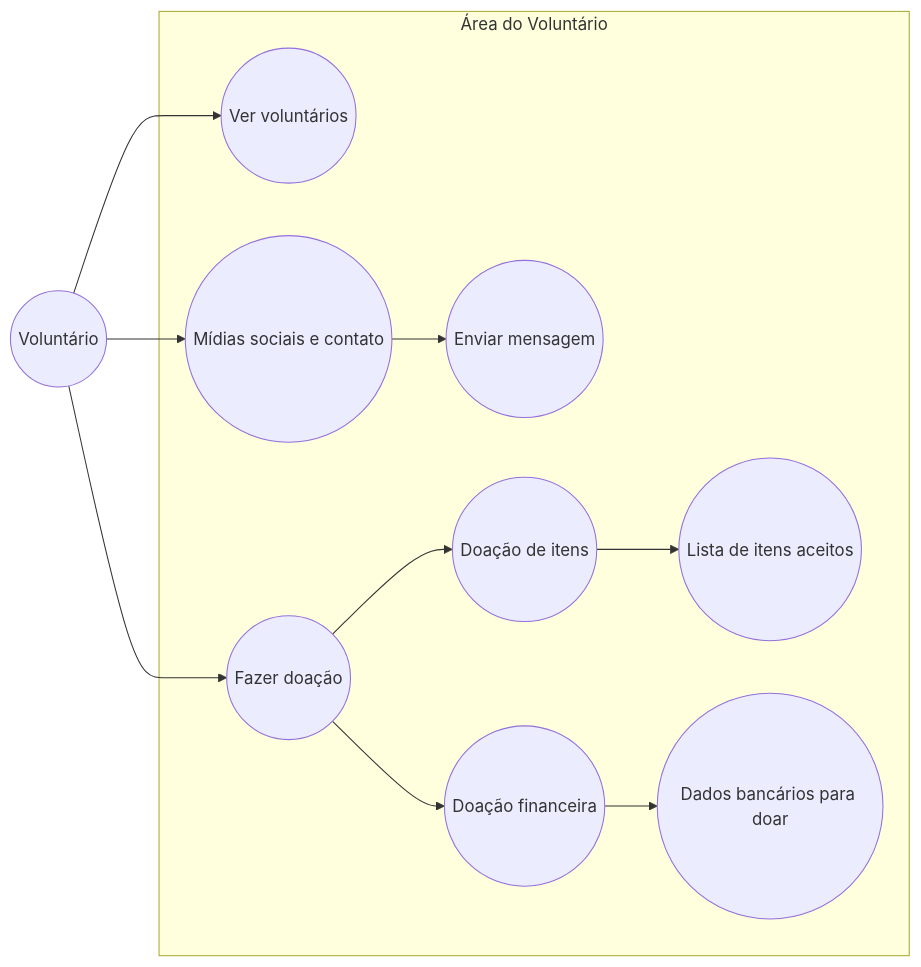
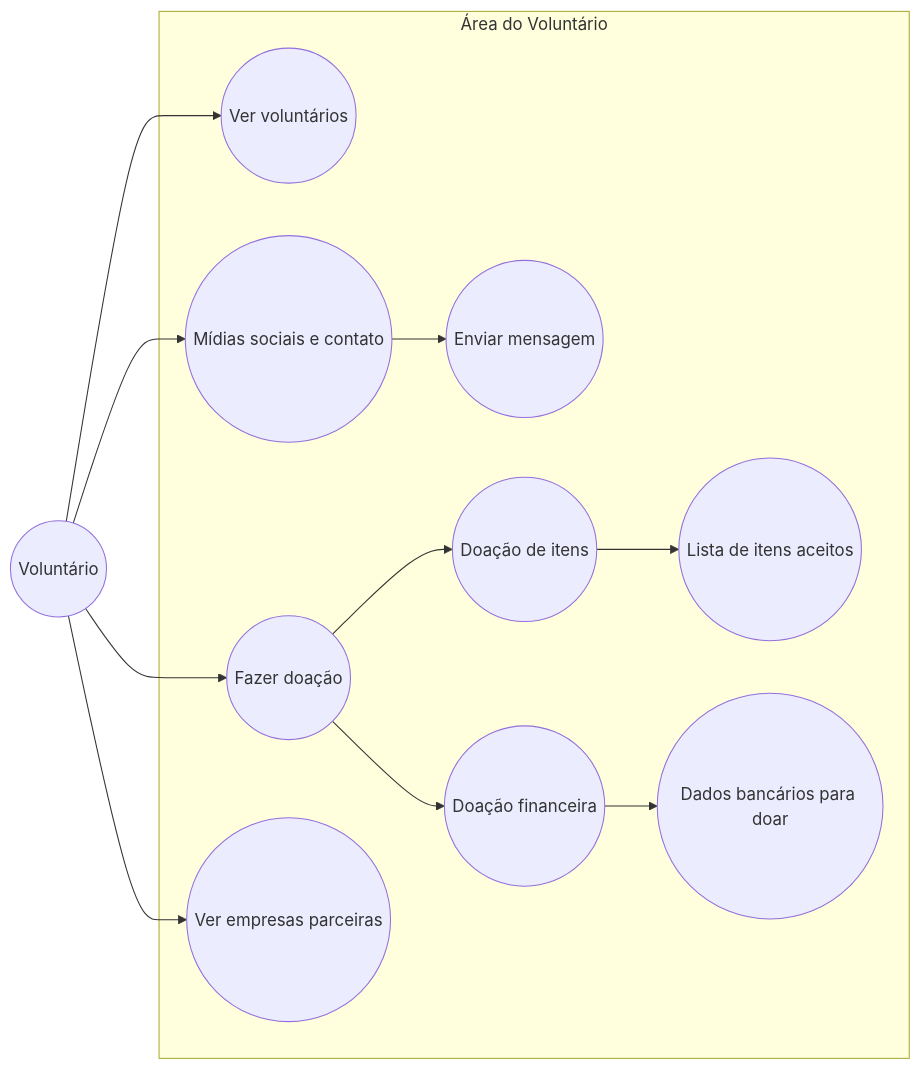
One commit to ligiaoliveira/Casa-dos-Gatos changed the second of 11 diagrams in README.md. Above: the diagram before and after it, drawn with Mermaid. The commit also changed other lines of this file, not shown here.

````diff
--- a/README.md
+++ b/README.md
@@ -145,27 +144,28 @@
 ```mermaid
 flowchart LR
     Voluntário((Voluntário))
 
     subgraph Área do Voluntário
         UC1((Ver voluntários))
         UC2((Mídias sociais e contato))
         UC3((Fazer doação))
-
         UC4((Enviar mensagem))
         UC5((Doação financeira))
         UC6((Doação de itens))
         UC7((Lista de itens aceitos))
         UC8((Dados bancários para doar))
+        UC9((Ver empresas parceiras))
     end
 
     Voluntário --> UC1
     Voluntário --> UC2
     Voluntário --> UC3
+    Voluntário --> UC9
 
     UC2 --> UC4
     UC3 --> UC5
     UC3 --> UC6
     UC5 --> UC8
     UC6 --> UC7
     
 ```
````
